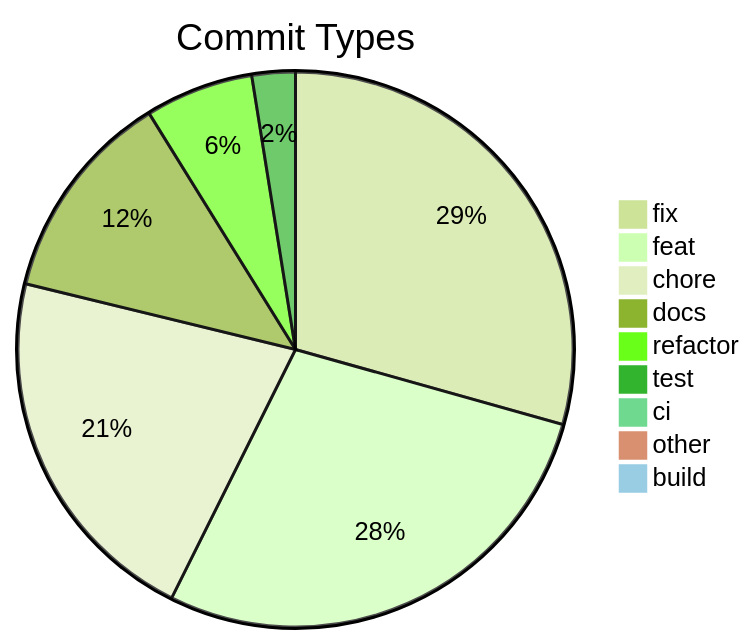
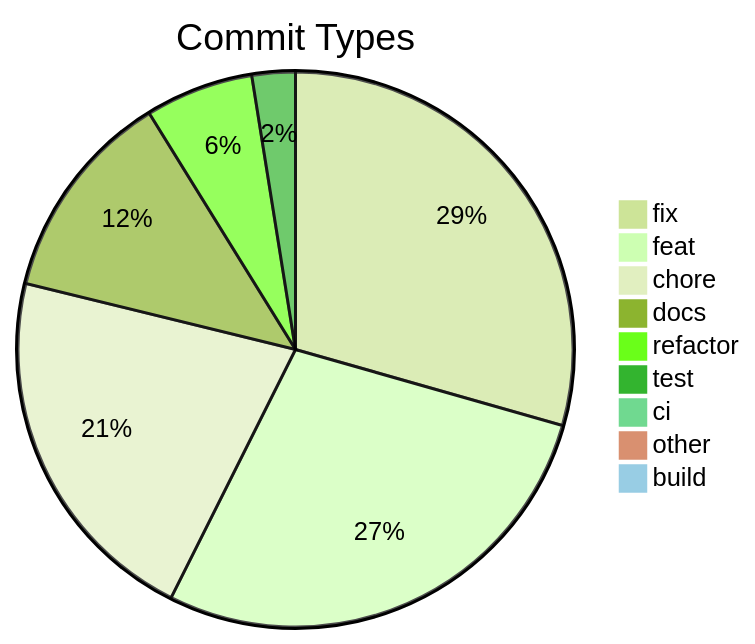
Before and after one commit to svenroth-ai/shipwright: the diagram in .shipwright/compliance/change-history.md, drawn with Mermaid (forest theme). The commit also changed other lines of this file and 8 other files, not shown here.

````diff
--- a/.shipwright/compliance/change-history.md
+++ b/.shipwright/compliance/change-history.md
@@ -8,12 +8,12 @@
 ```mermaid
 pie title Commit Types
-    "fix" : 349
+    "fix" : 350
     "feat" : 333
     "chore" : 255
     "docs" : 147
     "refactor" : 75
     "test" : 30
     "ci" : 11
     "other" : 9
     "build" : 1
 ```
````
